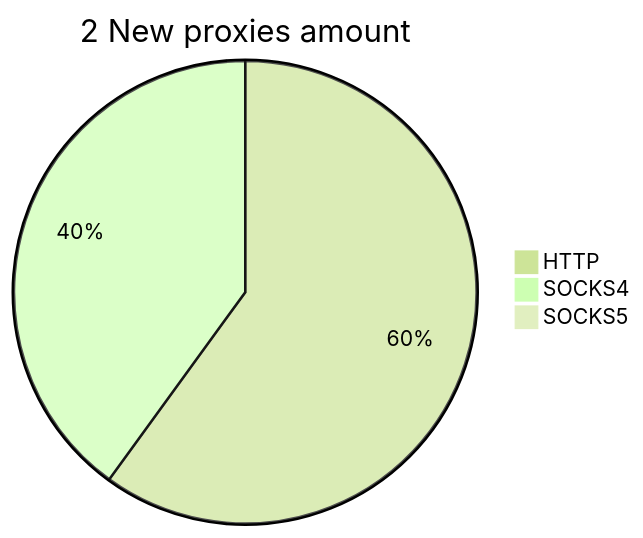
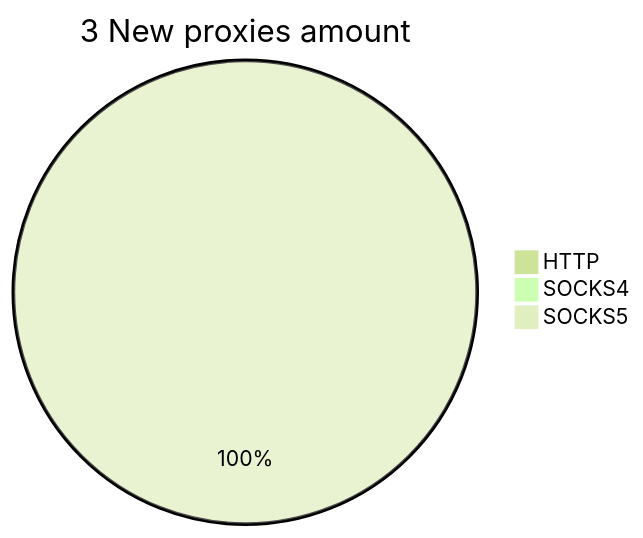
The second of 2 diagrams in README.md (cutipu/proxylist), drawn with Mermaid (forest theme) before and after one commit. The commit also changed other lines of this file, not shown here.

````diff
--- a/README.md
+++ b/README.md
@@ -10,6 +10,6 @@
 ```mermaid
-pie title 2 New proxies amount
-    "HTTP" : 3
-    "SOCKS4" : 2
-    "SOCKS5" : 0
+pie title 3 New proxies amount
+    "HTTP" : 0
+    "SOCKS4" : 0
+    "SOCKS5" : 3
 ```
````
